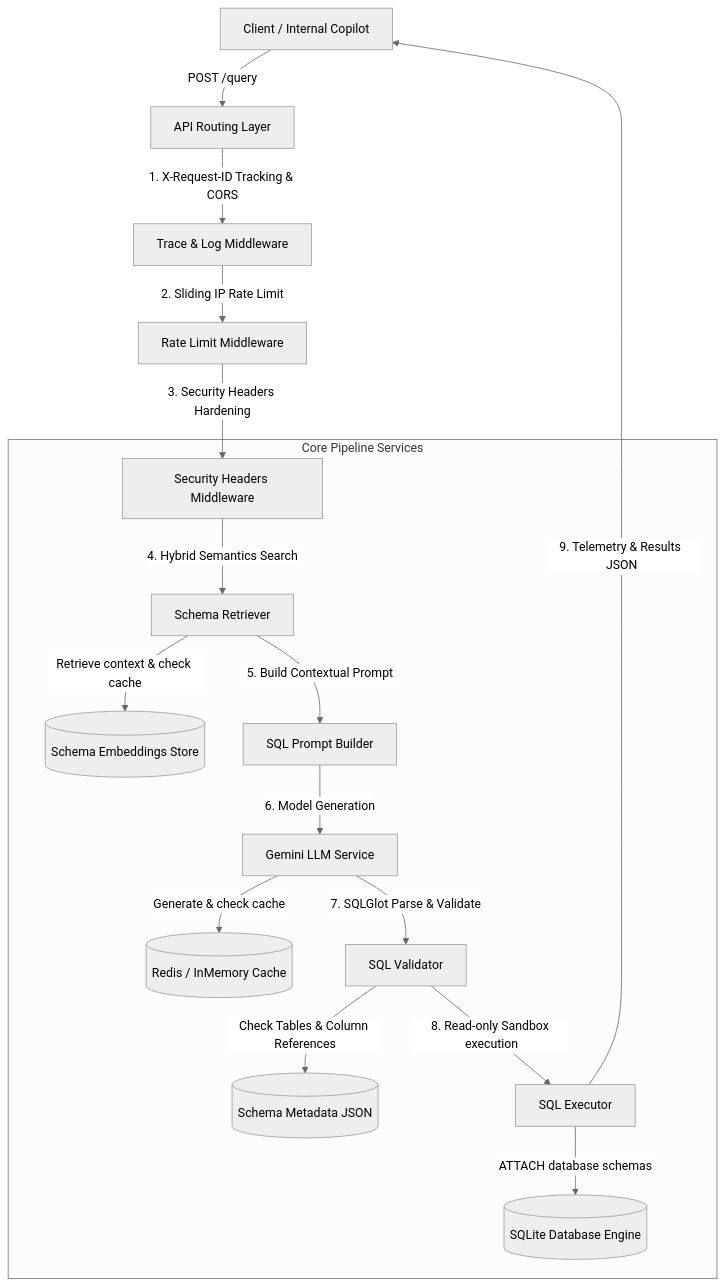
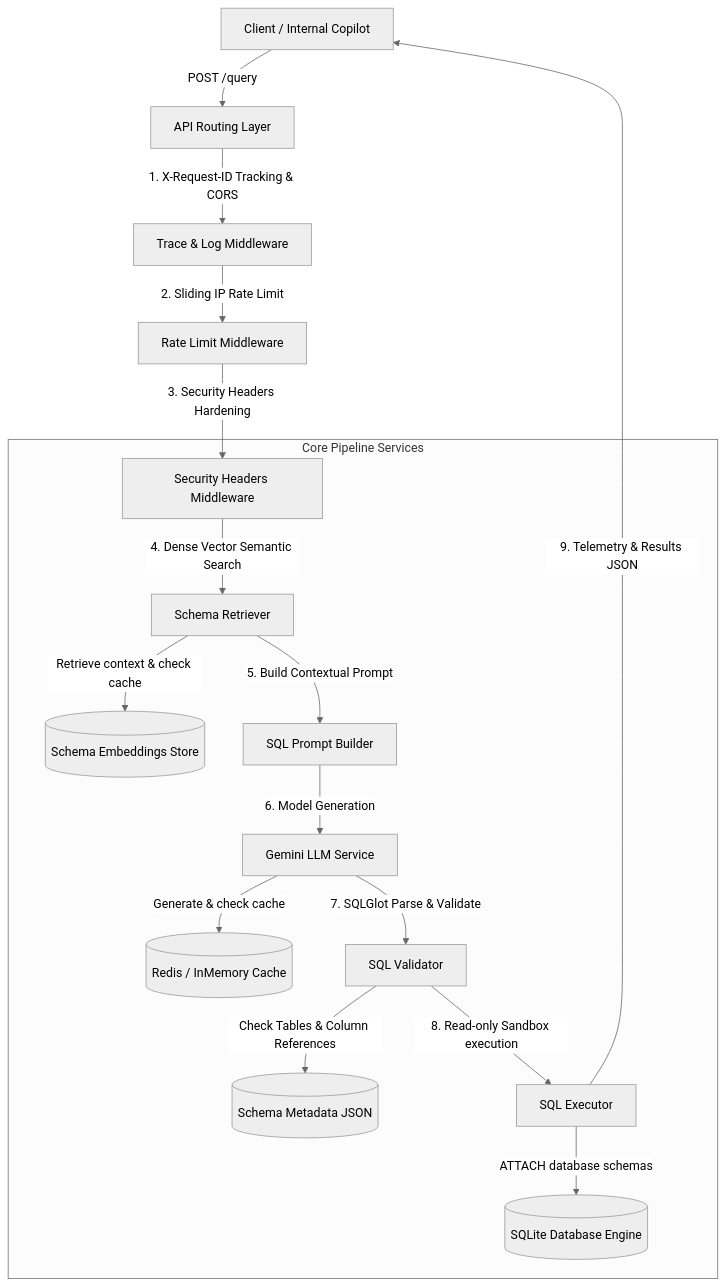
One commit to maniktyagi04/txt-to-sql changed the first of 2 diagrams in README.md. Above: the diagram before and after it, drawn with Mermaid (neutral theme). The commit also changed other lines of this file and 43 other files, not shown here.

````diff
--- a/README.md
+++ b/README.md
@@ -11,24 +17,24 @@
 ```mermaid
 graph TD
     Client[Client / Internal Copilot] -->|POST /query| API[API Routing Layer]
     API -->|1. X-Request-ID Tracking & CORS| Trace[Trace & Log Middleware]
     Trace -->|2. Sliding IP Rate Limit| RateLimit[Rate Limit Middleware]
     RateLimit -->|3. Security Headers Hardening| Security[Security Headers Middleware]
     
     subgraph Core Pipeline Services
-        Security -->|4. Hybrid Semantics Search| Retriever[Schema Retriever]
+        Security -->|4. Dense Vector Semantic Search| Retriever[Schema Retriever]
         Retriever -->|Retrieve context & check cache| VectorStore[(Schema Embeddings Store)]
         
         Retriever -->|5. Build Contextual Prompt| Prompt[SQL Prompt Builder]
         Prompt -->|6. Model Generation| LLM[Gemini LLM Service]
         LLM -->|Generate & check cache| Redis[(Redis / InMemory Cache)]
         
         LLM -->|7. SQLGlot Parse & Validate| Validator[SQL Validator]
         Validator -->|Check Tables & Column References| Metadata[(Schema Metadata JSON)]
         
         Validator -->|8. Read-only Sandbox execution| Executor[SQL Executor]
         Executor -->|ATTACH database schemas| DB[(SQLite Database Engine)]
     end
 
     Executor -->|9. Telemetry & Results JSON| Client
 ```
````
